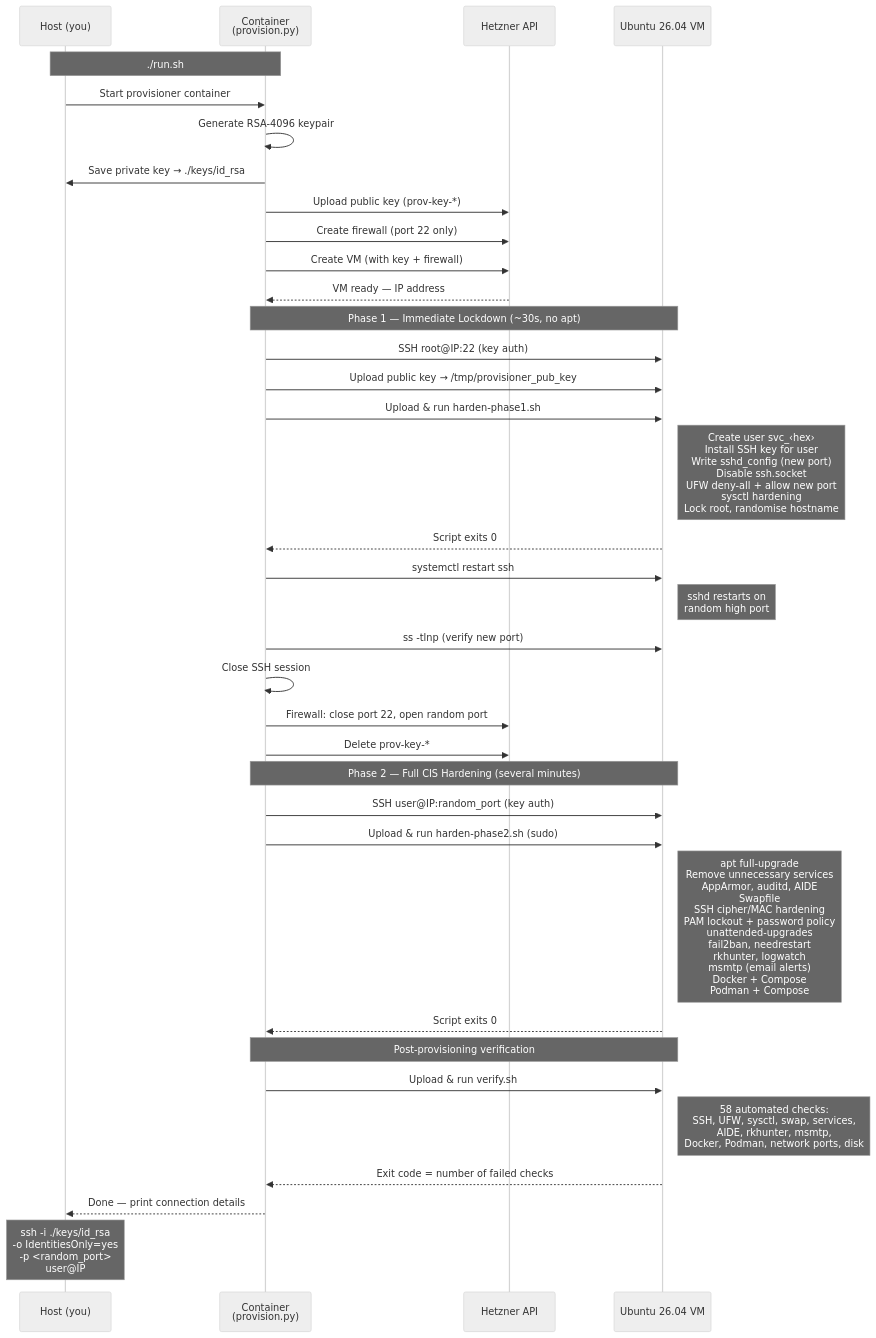
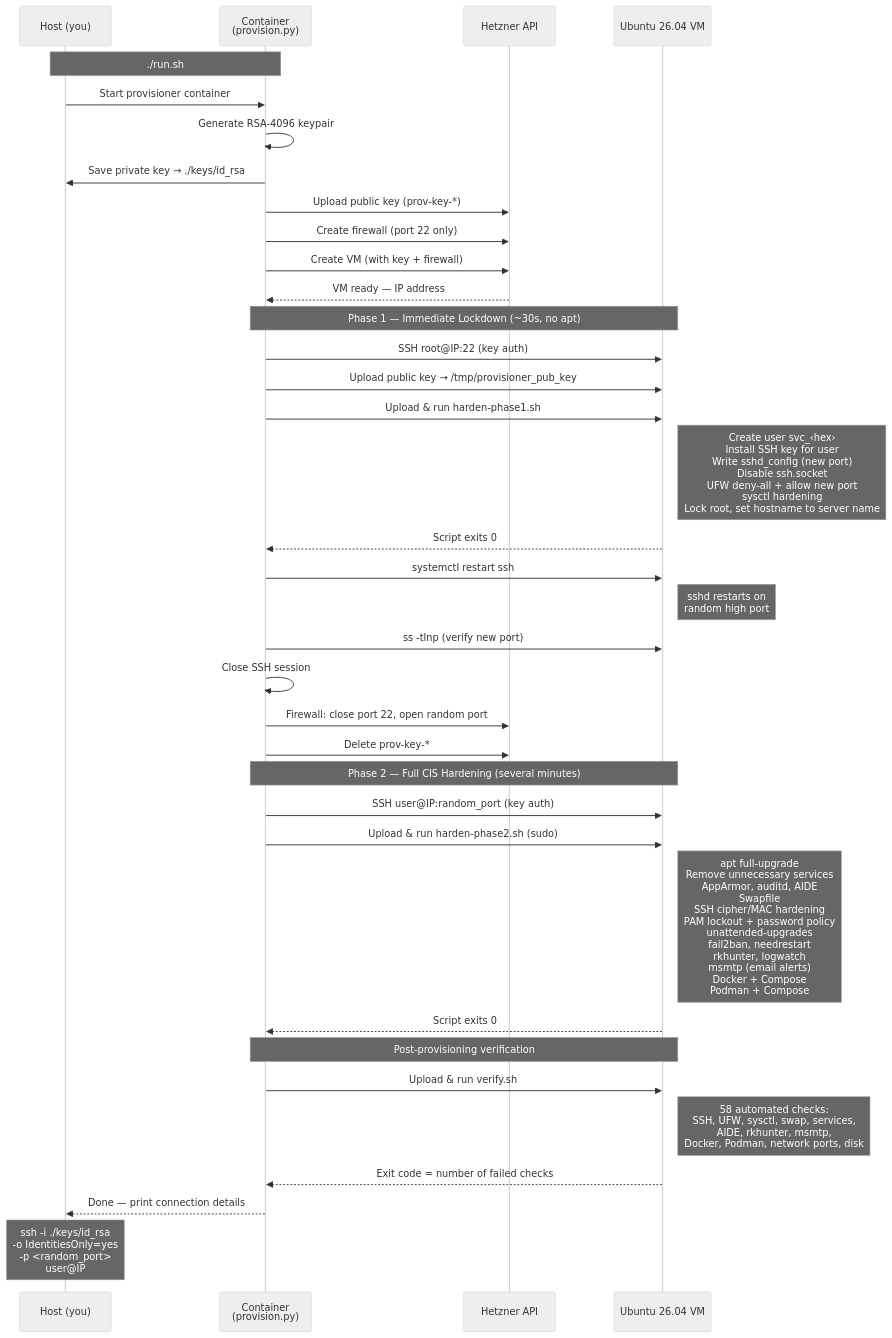
The first of 2 diagrams in README.md (carlok/Ubuntu-Hardening), drawn with Mermaid (neutral theme) before and after one commit. The commit also changed other lines of this file and 3 other files, not shown here.

Commit message:
Use server name as OS hostname

````diff
--- a/README.md
+++ b/README.md
@@ -73,45 +73,45 @@
 ```mermaid
 sequenceDiagram
     participant H as Host (you)
     participant C as Container<br/>(provision.py)
     participant API as Hetzner API
     participant VM as Ubuntu 26.04 VM
 
     Note over H,C: ./run.sh
 
     H->>C: Start provisioner container
     C->>C: Generate RSA-4096 keypair
     C->>H: Save private key → ./keys/id_rsa
     C->>API: Upload public key (prov-key-*)
     C->>API: Create firewall (port 22 only)
     C->>API: Create VM (with key + firewall)
     API-->>C: VM ready — IP address
 
     Note over C,VM: Phase 1 — Immediate Lockdown (~30s, no apt)
     C->>VM: SSH root@IP:22 (key auth)
     C->>VM: Upload public key → /tmp/provisioner_pub_key
     C->>VM: Upload & run harden-phase1.sh
-    Note right of VM: Create user svc_‹hex›<br/>Install SSH key for user<br/>Write sshd_config (new port)<br/>Disable ssh.socket<br/>UFW deny-all + allow new port<br/>sysctl hardening<br/>Lock root, randomise hostname
+    Note right of VM: Create user svc_‹hex›<br/>Install SSH key for user<br/>Write sshd_config (new port)<br/>Disable ssh.socket<br/>UFW deny-all + allow new port<br/>sysctl hardening<br/>Lock root, set hostname to server name
     VM-->>C: Script exits 0
     C->>VM: systemctl restart ssh
     Note right of VM: sshd restarts on<br/>random high port
     C->>VM: ss -tlnp (verify new port)
     C->>C: Close SSH session
 
     C->>API: Firewall: close port 22, open random port
     C->>API: Delete prov-key-*
 
     Note over C,VM: Phase 2 — Full CIS Hardening (several minutes)
     C->>VM: SSH user@IP:random_port (key auth)
     C->>VM: Upload & run harden-phase2.sh (sudo)
     Note right of VM: apt full-upgrade<br/>Remove unnecessary services<br/>AppArmor, auditd, AIDE<br/>Swapfile<br/>SSH cipher/MAC hardening<br/>PAM lockout + password policy<br/>unattended-upgrades<br/>fail2ban, needrestart<br/>rkhunter, logwatch<br/>msmtp (email alerts)<br/>Docker + Compose<br/>Podman + Compose
     VM-->>C: Script exits 0
 
     Note over C,VM: Post-provisioning verification
     C->>VM: Upload & run verify.sh
     Note right of VM: 58 automated checks:<br/>SSH, UFW, sysctl, swap, services,<br/>AIDE, rkhunter, msmtp,<br/>Docker, Podman, network ports, disk
     VM-->>C: Exit code = number of failed checks
 
     C-->>H: Done — print connection details
     Note over H: ssh -i ./keys/id_rsa<br/>-o IdentitiesOnly=yes<br/>-p <random_port><br/>user@IP
 ```
````
